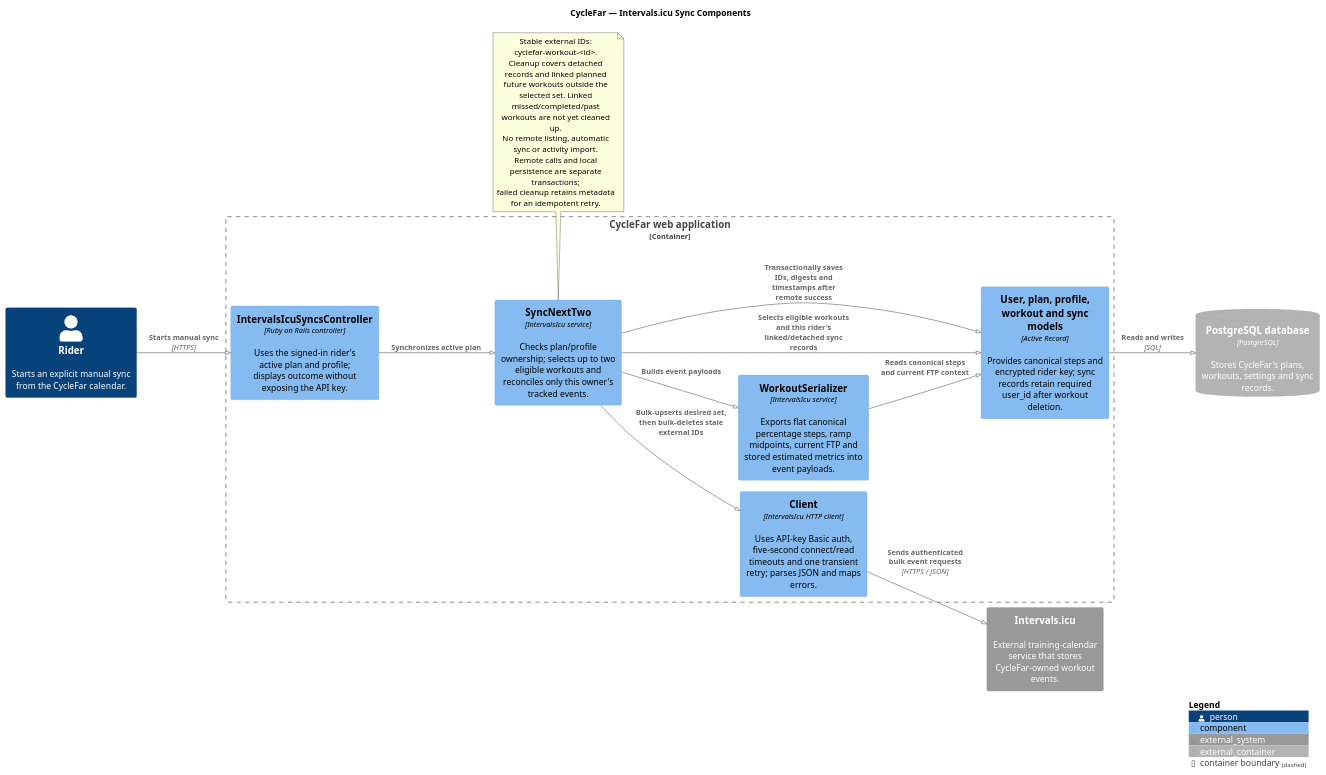
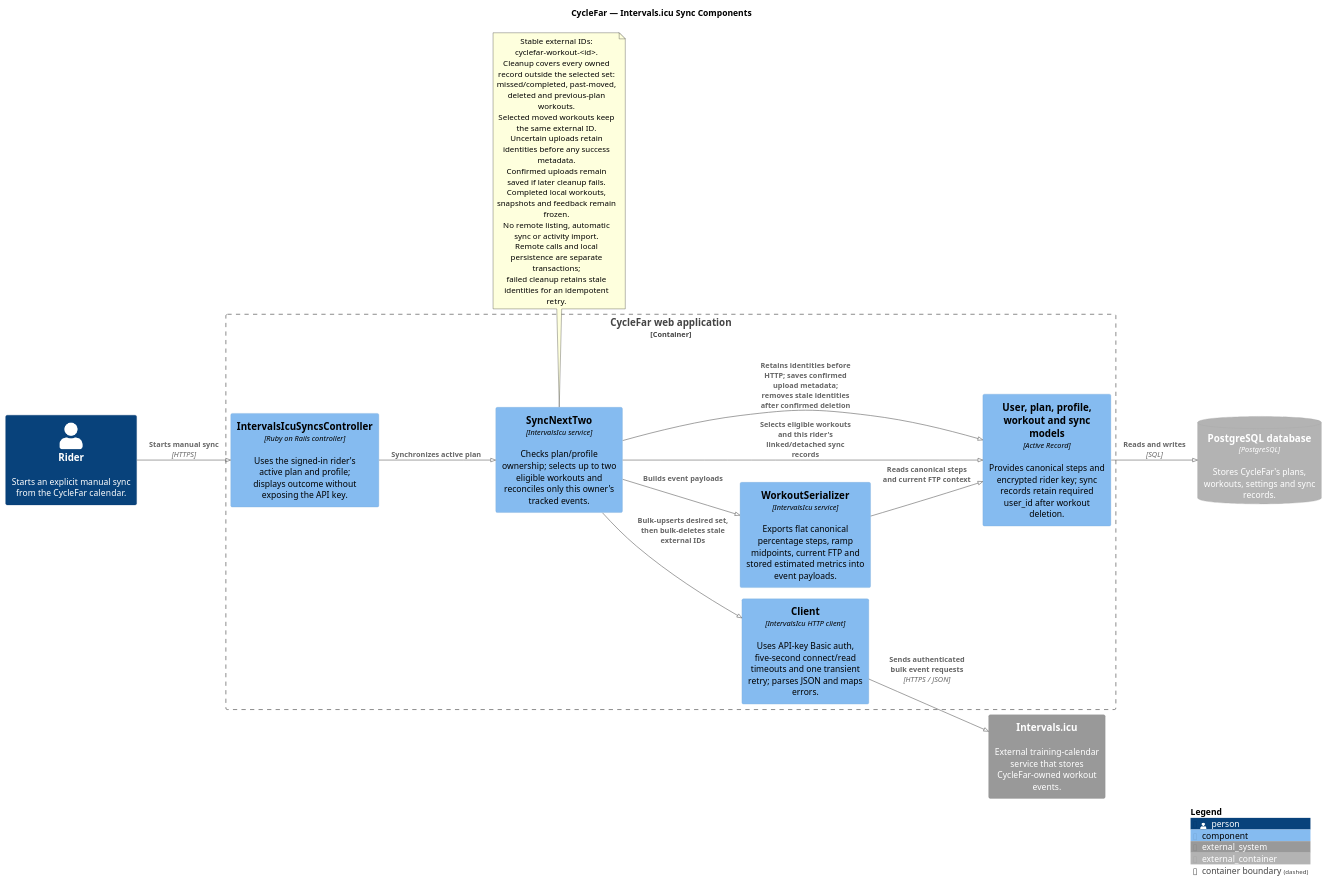
Before and after one commit to richardhartme/cyclefar: the diagram in docs/diagrams/component-cyclefar-intervals-icu-sync.puml, drawn with PlantUML. The commit also changed 19 other files, not shown here.

Commit message:
Refresh documentation and diagrams

```diff
--- a/docs/diagrams/component-cyclefar-intervals-icu-sync.puml
+++ b/docs/diagrams/component-cyclefar-intervals-icu-sync.puml
@@ -1,43 +1,46 @@
 @startuml
 !pragma layout smetana
 ' Scope and limitations: README.md
 !include https://raw.githubusercontent.com/plantuml-stdlib/C4-PlantUML/master/C4_Component.puml
 
 title CycleFar — Intervals.icu Sync Components
 
 LAYOUT_LEFT_RIGHT()
 
 Person(rider, "Rider", "Starts an explicit manual sync from the CycleFar calendar.")
 System_Ext(intervals_icu, "Intervals.icu", "External training-calendar service that stores CycleFar-owned workout events.")
 ContainerDb_Ext(database, "PostgreSQL database", "PostgreSQL", "Stores CycleFar's plans, workouts, settings and sync records.")
 
 Container_Boundary(web_application, "CycleFar web application") {
   Component(controller, "IntervalsIcuSyncsController", "Ruby on Rails controller", "Uses the signed-in rider's active plan and profile; displays outcome without exposing the API key.")
   Component(sync, "SyncNextTwo", "IntervalsIcu service", "Checks plan/profile ownership; selects up to two eligible workouts and reconciles only this owner's tracked events.")
   Component(serializer, "WorkoutSerializer", "IntervalsIcu service", "Exports flat canonical percentage steps, ramp midpoints, current FTP and stored estimated metrics into event payloads.")
   Component(client, "Client", "IntervalsIcu HTTP client", "Uses API-key Basic auth, five-second connect/read timeouts and one transient retry; parses JSON and maps errors.")
   Component(models, "User, plan, profile, workout and sync models", "Active Record", "Provides canonical steps and encrypted rider key; sync records retain required user_id after workout deletion.")
 }
 
 Rel(rider, controller, "Starts manual sync", "HTTPS")
 Rel(controller, sync, "Synchronizes active plan")
 Rel(sync, models, "Selects eligible workouts and this rider's linked/detached sync records")
 Rel(sync, serializer, "Builds event payloads")
 Rel(serializer, models, "Reads canonical steps and current FTP context")
 Rel(sync, client, "Bulk-upserts desired set, then bulk-deletes stale external IDs")
 Rel(client, intervals_icu, "Sends authenticated bulk event requests", "HTTPS / JSON")
-Rel(sync, models, "Transactionally saves IDs, digests and timestamps after remote success")
+Rel(sync, models, "Retains identities before HTTP; saves confirmed upload metadata; removes stale identities after confirmed deletion")
 Rel(models, database, "Reads and writes", "SQL")
 
 note bottom of sync
   Stable external IDs: cyclefar-workout-<id>.
-  Cleanup covers detached records and linked planned
-  future workouts outside the selected set. Linked
-  missed/completed/past workouts are not yet cleaned up.
+  Cleanup covers every owned record outside the selected set:
+  missed/completed, past-moved, deleted and previous-plan workouts.
+  Selected moved workouts keep the same external ID.
+  Uncertain uploads retain identities before any success metadata.
+  Confirmed uploads remain saved if later cleanup fails.
+  Completed local workouts, snapshots and feedback remain frozen.
   No remote listing, automatic sync or activity import.
   Remote calls and local persistence are separate transactions;
-  failed cleanup retains metadata for an idempotent retry.
+  failed cleanup retains stale identities for an idempotent retry.
 end note
 
 SHOW_LEGEND()
 @enduml
```
